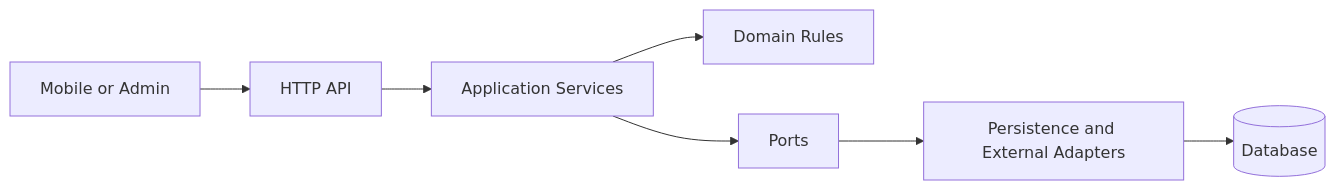
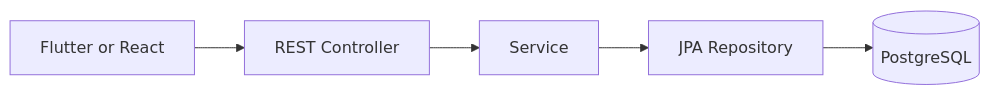
Before and after one commit to nimuseel/ahni-backend: the diagram in ARCHITECTURE.md, drawn with Mermaid. The commit also changed other lines of this file and 47 other files, not shown here.

Commit message:
refactor(architecture): adopt layered MVC structure

````diff
--- a/ARCHITECTURE.md
+++ b/ARCHITECTURE.md
@@ -5,9 +5,7 @@
 ```mermaid
 flowchart LR
-    Client[Mobile or Admin] --> API[HTTP API]
-    API --> App[Application Services]
-    App --> Domain[Domain Rules]
-    App --> Ports[Ports]
-    Ports --> Adapters[Persistence and External Adapters]
-    Adapters --> Data[(Database)]
+    Client[Flutter or React] --> Controller[REST Controller]
+    Controller --> Service[Service]
+    Service --> Repository[JPA Repository]
+    Repository --> Data[(PostgreSQL)]
 ```
````
